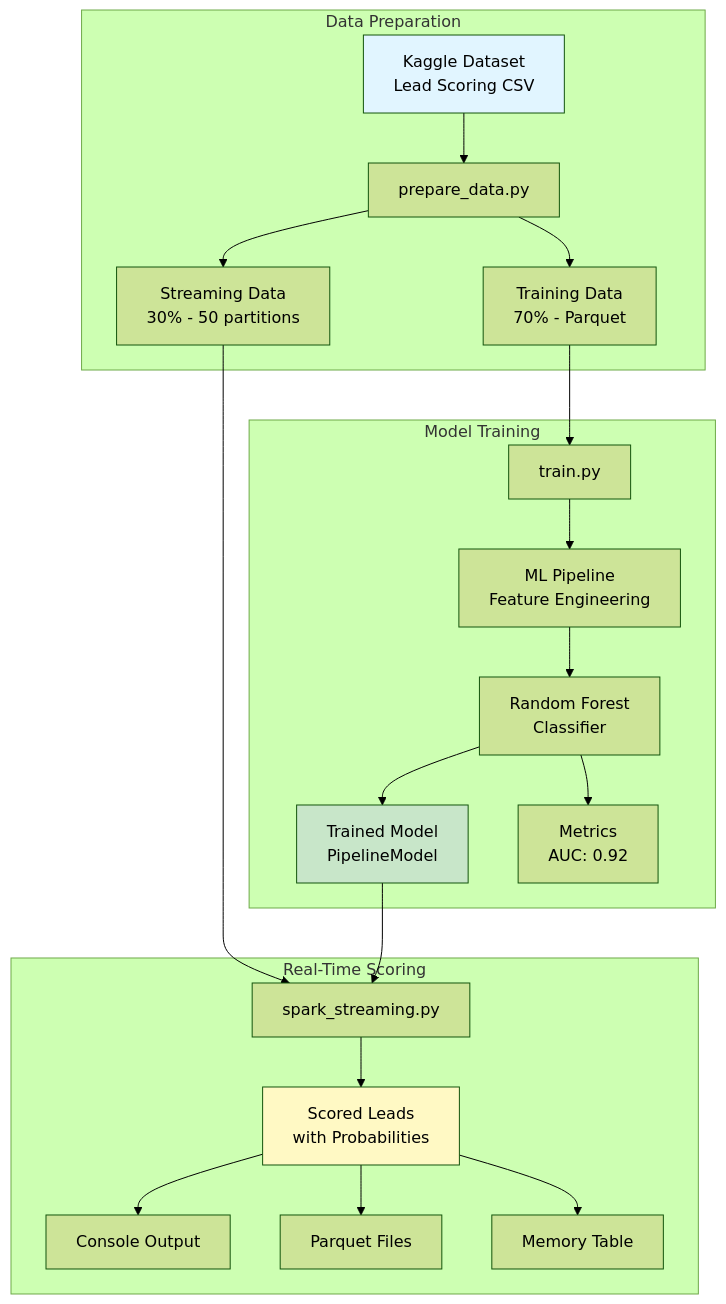
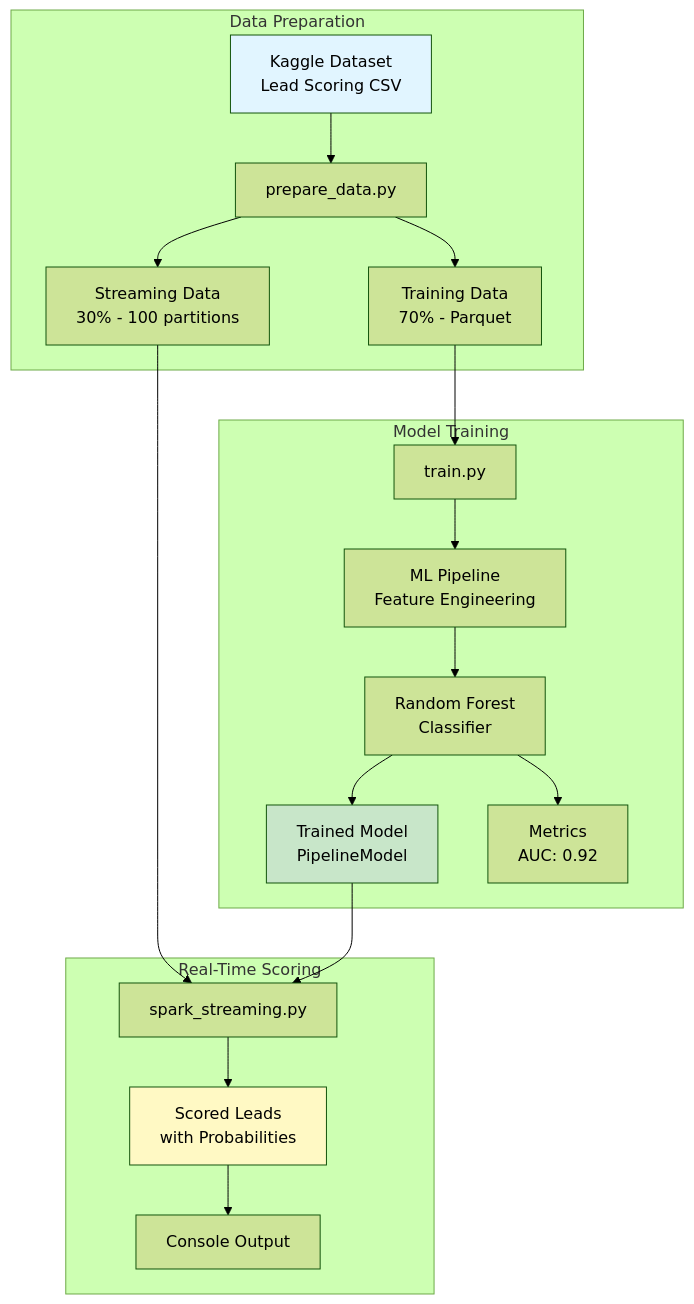
One commit to smiley-maker/realtime-lead-scoring changed the first of 2 diagrams in README.md. Above: the diagram before and after it, drawn with Mermaid (forest theme). The commit also changed other lines of this file and 4 other files, not shown here.

````diff
--- a/README.md
+++ b/README.md
@@ -11,29 +11,27 @@
 ```mermaid
 flowchart TB
     subgraph data[Data Preparation]
         A[Kaggle Dataset<br/>Lead Scoring CSV] --> B[prepare_data.py]
         B --> C[Training Data<br/>70% - Parquet]
-        B --> D[Streaming Data<br/>30% - 50 partitions]
+        B --> D[Streaming Data<br/>30% - 100 partitions]
     end
     
     subgraph training[Model Training]
         C --> E[train.py]
         E --> F[ML Pipeline<br/>Feature Engineering]
         F --> G[Random Forest<br/>Classifier]
         G --> H[Trained Model<br/>PipelineModel]
         G --> I[Metrics<br/>AUC: 0.92]
     end
     
     subgraph streaming[Real-Time Scoring]
         D --> J[spark_streaming.py]
         H --> J
         J --> K[Scored Leads<br/>with Probabilities]
         K --> L[Console Output]
-        K --> M[Parquet Files]
-        K --> N[Memory Table]
     end
     
     style A fill:#e1f5ff
     style H fill:#c8e6c9
     style K fill:#fff9c4
 ```
````
